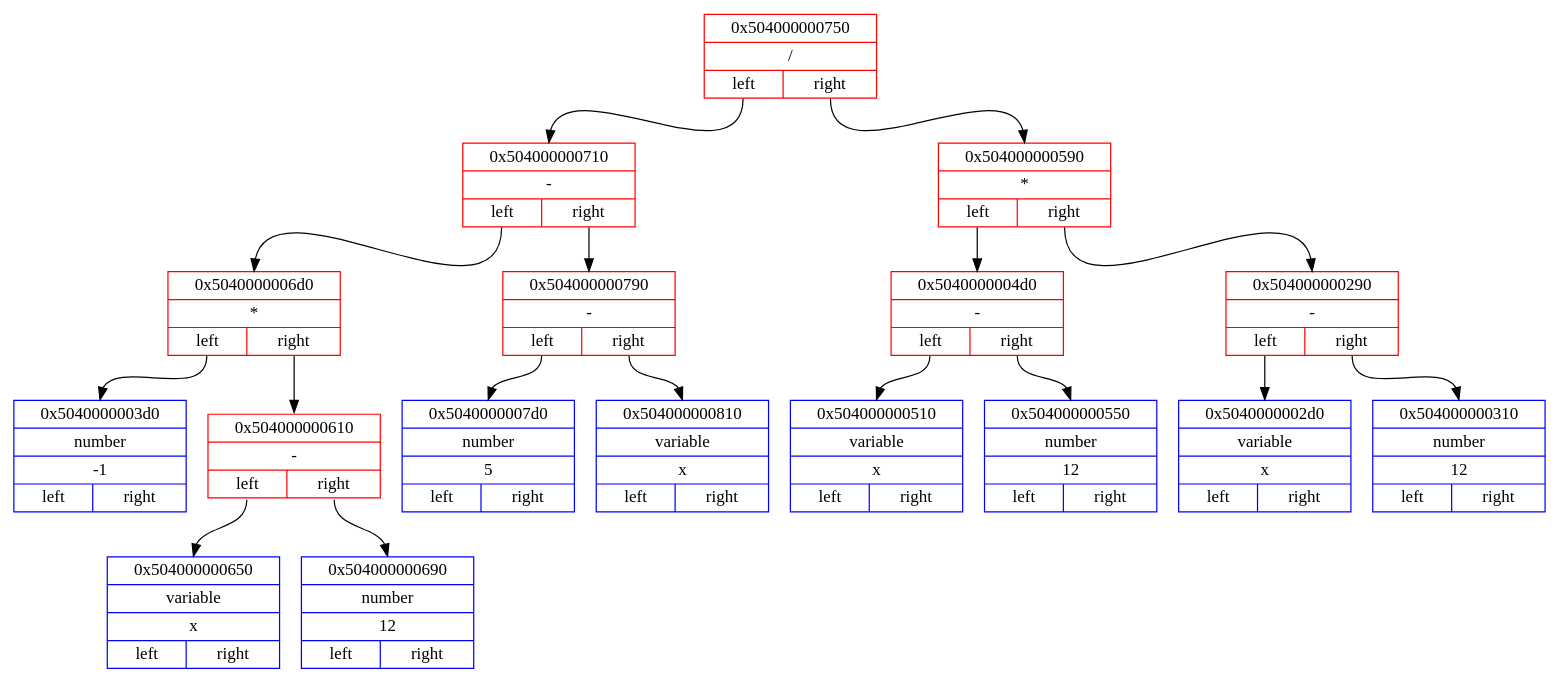
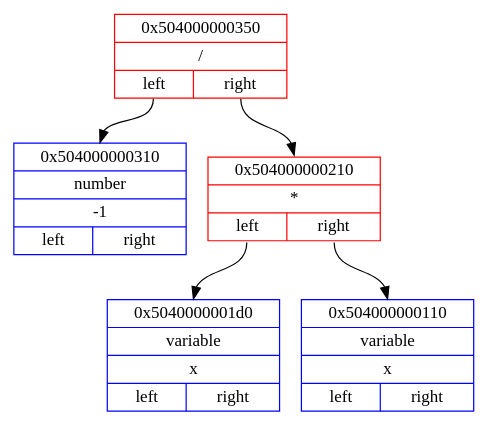
The diagram in mathExp.dot (Matvey787/myDiffCalculus), drawn with Graphviz before and after one commit. The commit also changed 13 other files, not shown here.

```diff
--- a/mathExp.dot
+++ b/mathExp.dot
@@ -1,38 +1,14 @@
 digraph
 { 
 rankdir=HR;
 
-node0x504000000750 [ shape=record, color = red rank = 1, label= "{ 0x504000000750 | / | {<n0x504000000750_l> left | <n0x504000000750_r> right}} " ];
-node0x504000000710 [ shape=record, color = red rank = 2, label= "{ 0x504000000710 | - | {<n0x504000000710_l> left | <n0x504000000710_r> right}} " ];
-node0x5040000006d0 [ shape=record, color = red rank = 3, label= "{ 0x5040000006d0 | * | {<n0x5040000006d0_l> left | <n0x5040000006d0_r> right}} " ];
-node0x5040000003d0 [ shape=record, color = blue rank = 4, label= "{ 0x5040000003d0 | number | -1 | {<n0x5040000003d0_l> left | <n0x5040000003d0_r> right}} " ];
-node0x5040000006d0:<n0x5040000006d0_l>:s -> node0x5040000003d0:n [ color = black; ]
-node0x504000000610 [ shape=record, color = red rank = 5, label= "{ 0x504000000610 | - | {<n0x504000000610_l> left | <n0x504000000610_r> right}} " ];
-node0x504000000650 [ shape=record, color = blue rank = 6, label= "{ 0x504000000650 | variable | x | {<n0x504000000650_l> left | <n0x504000000650_r> right}} " ];
-node0x504000000610:<n0x504000000610_l>:s -> node0x504000000650:n [ color = black; ]
-node0x504000000690 [ shape=record, color = blue rank = 7, label= "{ 0x504000000690 | number | 12 | {<n0x504000000690_l> left | <n0x504000000690_r> right}} " ];
-node0x504000000610:<n0x504000000610_r>:s -> node0x504000000690:n [ color = black; ]
-node0x5040000006d0:<n0x5040000006d0_r>:s -> node0x504000000610:n [ color = black; ]
-node0x504000000710:<n0x504000000710_l>:s -> node0x5040000006d0:n [ color = black; ]
-node0x504000000790 [ shape=record, color = red rank = 4, label= "{ 0x504000000790 | - | {<n0x504000000790_l> left | <n0x504000000790_r> right}} " ];
-node0x5040000007d0 [ shape=record, color = blue rank = 5, label= "{ 0x5040000007d0 | number | 5 | {<n0x5040000007d0_l> left | <n0x5040000007d0_r> right}} " ];
-node0x504000000790:<n0x504000000790_l>:s -> node0x5040000007d0:n [ color = black; ]
-node0x504000000810 [ shape=record, color = blue rank = 6, label= "{ 0x504000000810 | variable | x | {<n0x504000000810_l> left | <n0x504000000810_r> right}} " ];
-node0x504000000790:<n0x504000000790_r>:s -> node0x504000000810:n [ color = black; ]
-node0x504000000710:<n0x504000000710_r>:s -> node0x504000000790:n [ color = black; ]
-node0x504000000750:<n0x504000000750_l>:s -> node0x504000000710:n [ color = black; ]
-node0x504000000590 [ shape=record, color = red rank = 3, label= "{ 0x504000000590 | * | {<n0x504000000590_l> left | <n0x504000000590_r> right}} " ];
-node0x5040000004d0 [ shape=record, color = red rank = 4, label= "{ 0x5040000004d0 | - | {<n0x5040000004d0_l> left | <n0x5040000004d0_r> right}} " ];
-node0x504000000510 [ shape=record, color = blue rank = 5, label= "{ 0x504000000510 | variable | x | {<n0x504000000510_l> left | <n0x504000000510_r> right}} " ];
-node0x5040000004d0:<n0x5040000004d0_l>:s -> node0x504000000510:n [ color = black; ]
-node0x504000000550 [ shape=record, color = blue rank = 6, label= "{ 0x504000000550 | number | 12 | {<n0x504000000550_l> left | <n0x504000000550_r> right}} " ];
-node0x5040000004d0:<n0x5040000004d0_r>:s -> node0x504000000550:n [ color = black; ]
-node0x504000000590:<n0x504000000590_l>:s -> node0x5040000004d0:n [ color = black; ]
-node0x504000000290 [ shape=record, color = red rank = 5, label= "{ 0x504000000290 | - | {<n0x504000000290_l> left | <n0x504000000290_r> right}} " ];
-node0x5040000002d0 [ shape=record, color = blue rank = 6, label= "{ 0x5040000002d0 | variable | x | {<n0x5040000002d0_l> left | <n0x5040000002d0_r> right}} " ];
-node0x504000000290:<n0x504000000290_l>:s -> node0x5040000002d0:n [ color = black; ]
-node0x504000000310 [ shape=record, color = blue rank = 7, label= "{ 0x504000000310 | number | 12 | {<n0x504000000310_l> left | <n0x504000000310_r> right}} " ];
-node0x504000000290:<n0x504000000290_r>:s -> node0x504000000310:n [ color = black; ]
-node0x504000000590:<n0x504000000590_r>:s -> node0x504000000290:n [ color = black; ]
-node0x504000000750:<n0x504000000750_r>:s -> node0x504000000590:n [ color = black; ]
+node0x504000000350 [ shape=record, color = red rank = 1, label= "{ 0x504000000350 | / | {<n0x504000000350_l> left | <n0x504000000350_r> right}} " ];
+node0x504000000310 [ shape=record, color = blue rank = 2, label= "{ 0x504000000310 | number | -1 | {<n0x504000000310_l> left | <n0x504000000310_r> right}} " ];
+node0x504000000350:<n0x504000000350_l>:s -> node0x504000000310:n [ color = black; ]
+node0x504000000210 [ shape=record, color = red rank = 3, label= "{ 0x504000000210 | * | {<n0x504000000210_l> left | <n0x504000000210_r> right}} " ];
+node0x5040000001d0 [ shape=record, color = blue rank = 4, label= "{ 0x5040000001d0 | variable | x | {<n0x5040000001d0_l> left | <n0x5040000001d0_r> right}} " ];
+node0x504000000210:<n0x504000000210_l>:s -> node0x5040000001d0:n [ color = black; ]
+node0x504000000110 [ shape=record, color = blue rank = 5, label= "{ 0x504000000110 | variable | x | {<n0x504000000110_l> left | <n0x504000000110_r> right}} " ];
+node0x504000000210:<n0x504000000210_r>:s -> node0x504000000110:n [ color = black; ]
+node0x504000000350:<n0x504000000350_r>:s -> node0x504000000210:n [ color = black; ]
 }
```
